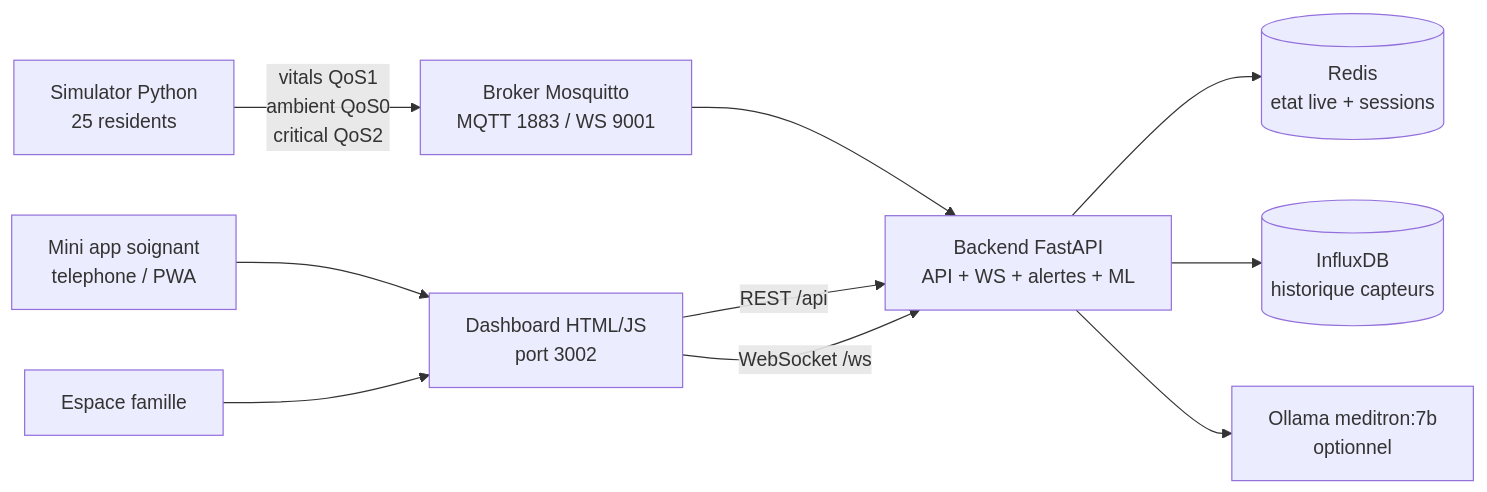
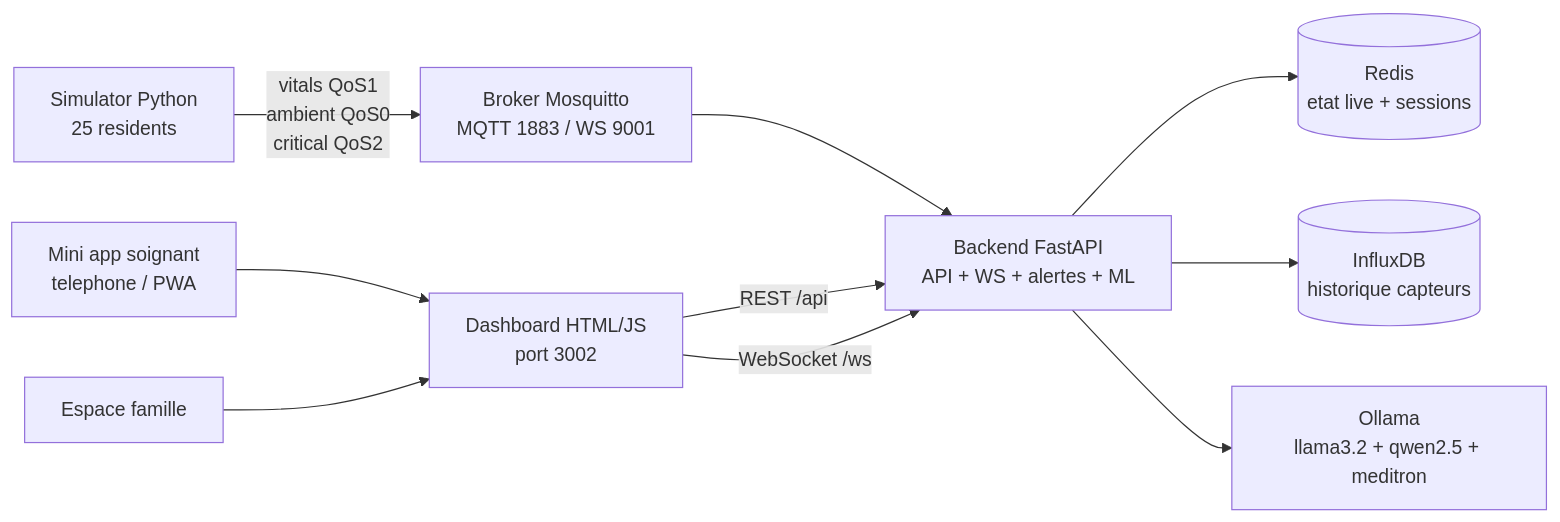
Before and after one commit to Faucourt/epitech_mba2_ehpadMonitor: the first of 5 diagrams in README.md, drawn with Mermaid. The commit also changed other lines of this file and 22 other files, not shown here.

````diff
--- a/README.md
+++ b/README.md
@@ -308,22 +315,22 @@
 ```mermaid
 flowchart LR
     SIM[Simulator Python<br/>25 residents]
     MQTT[Broker Mosquitto<br/>MQTT 1883 / WS 9001]
     API[Backend FastAPI<br/>API + WS + alertes + ML]
     REDIS[(Redis<br/>etat live + sessions)]
     INF[(InfluxDB<br/>historique capteurs)]
     DASH[Dashboard HTML/JS<br/>port 3002]
     TEL[Mini app soignant<br/>telephone / PWA]
     FAM[Espace famille]
-    LLM[Ollama meditron:7b<br/>optionnel]
+    LLM[Ollama<br/>llama3.2 + qwen2.5 + meditron]
 
     SIM -->|vitals QoS1<br/>ambient QoS0<br/>critical QoS2| MQTT
     MQTT --> API
     API --> REDIS
     API --> INF
     API --> LLM
     DASH -->|REST /api| API
     DASH -->|WebSocket /ws| API
     TEL --> DASH
     FAM --> DASH
 ```
````
